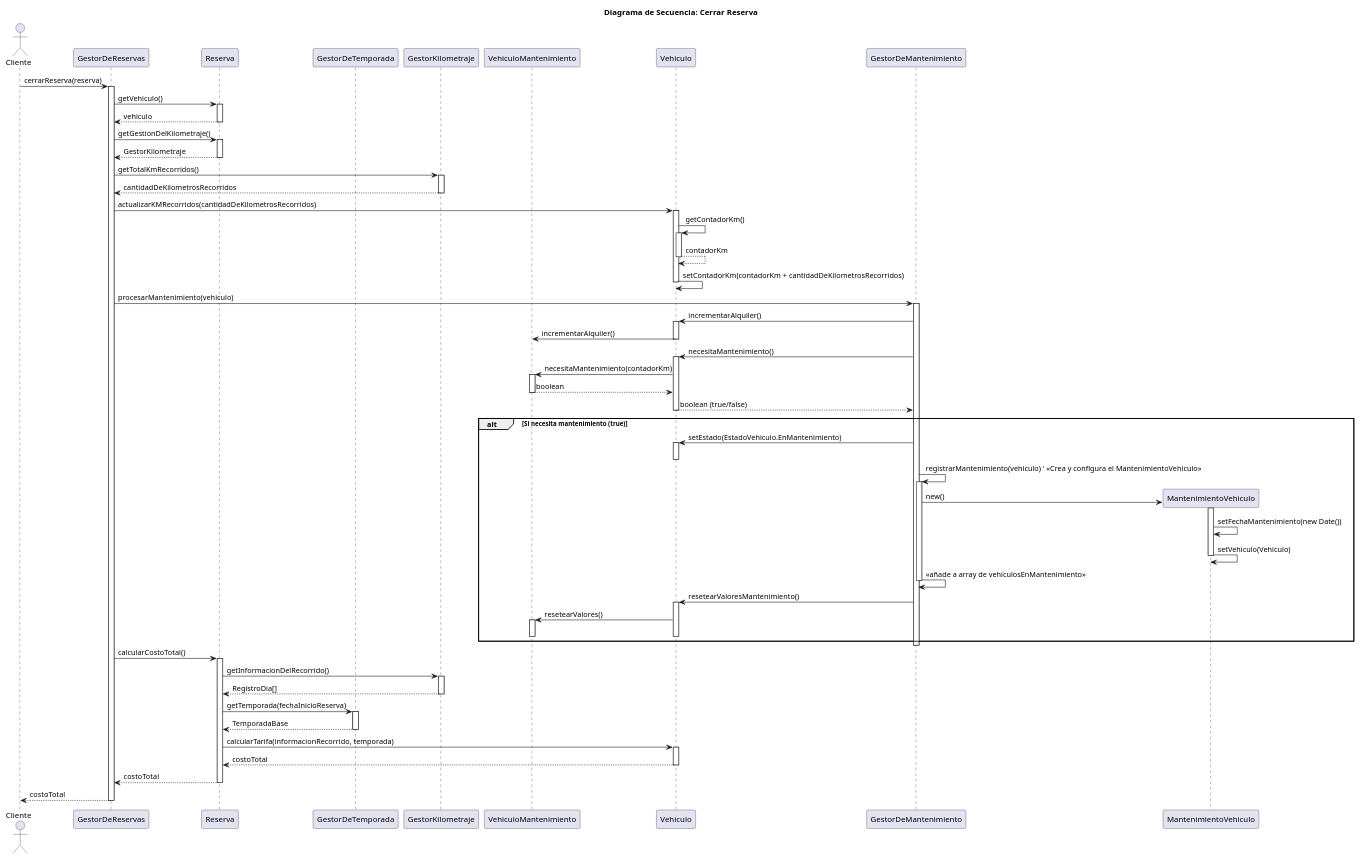
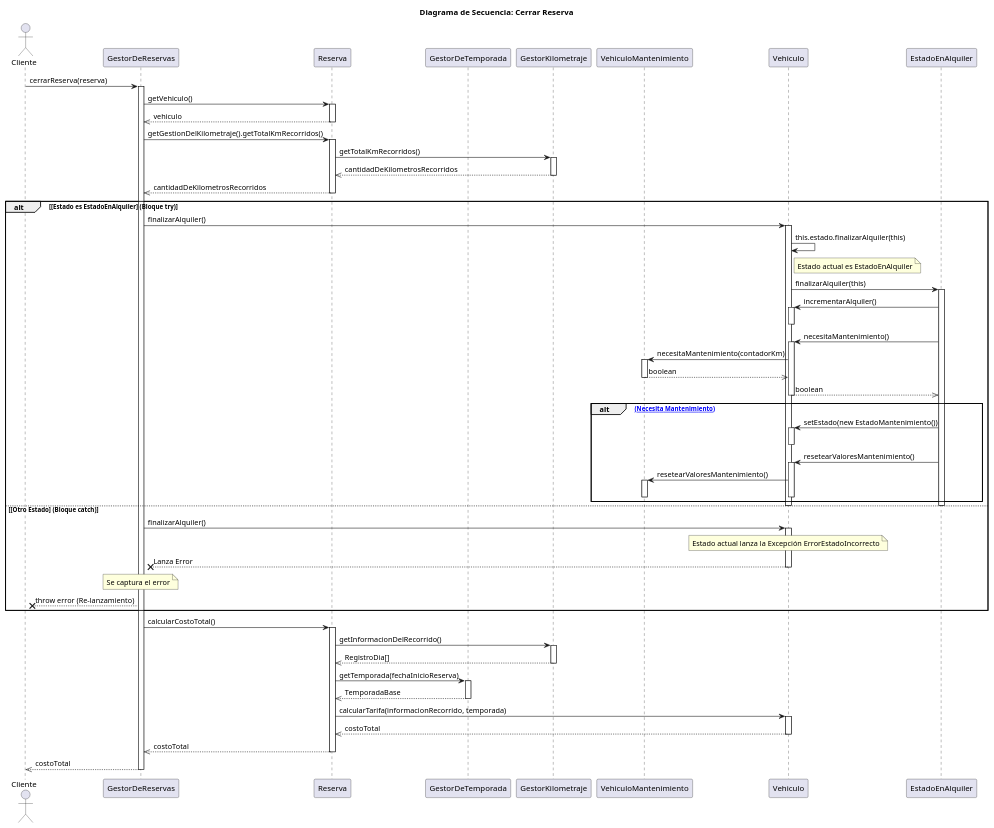
The diagram in diagramas/sequencia/secuenciaCerrarReserva.puml (AndresCastro-hub/Tp-Alquiler-de-autos), drawn with PlantUML before and after one commit. The commit also changed 3 other files, not shown here.

Commit message:
Actualizado diagrama de secuencia cerrarReserva()

```diff
--- a/diagramas/sequencia/secuenciaCerrarReserva.puml
+++ b/diagramas/sequencia/secuenciaCerrarReserva.puml
@@ -1,108 +1,104 @@
 @startuml Cerrar Reserva
 title Diagrama de Secuencia: Cerrar Reserva
 
 actor Cliente as user
 participant "GestorDeReservas" as gR
 participant "Reserva" as res
 participant "GestorDeTemporada" as gT
 participant "GestorKilometraje" as gK
 participant "VehiculoMantenimiento" as vMant
 participant "Vehiculo" as veh
-participant "GestorDeMantenimiento" as gM
-participant "MantenimientoVehiculo" as mant
+participant "EstadoEnAlquiler" as eAlquiler
 
 user -> gR : cerrarReserva(reserva)
 
 activate gR
     gR -> res : getVehiculo()
     activate res
-        res --> gR : vehiculo
+        res -->> gR : vehiculo
     deactivate res
 
-    gR -> res : getGestionDelKilometraje()
+    gR -> res : getGestionDelKilometraje().getTotalKmRecorridos()
     activate res
-        res --> gR : GestorKilometraje
+        res -> gK : getTotalKmRecorridos()
+        activate gK
+            gK -->> res : cantidadDeKilometrosRecorridos
+        deactivate gK
+        res -->> gR : cantidadDeKilometrosRecorridos
     deactivate res
 
-    gR -> gK : getTotalKmRecorridos()
-    activate gK
-        gK --> gR : cantidadDeKilometrosRecorridos
-    deactivate gK
+'Finalizar Alquiler
+    alt **[Estado es EstadoEnAlquiler]** (Bloque try)
+        gR -> veh : finalizarAlquiler()
+        activate veh
+            veh -> veh : this.estado.finalizarAlquiler(this)
+            Note right of veh : Estado actual es EstadoEnAlquiler
+            veh -> eAlquiler : finalizarAlquiler(this)
+            activate eAlquiler
 
-    ' Actualizar KM y Mantenimiento
-    gR -> veh : actualizarKMRecorridos(cantidadDeKilometrosRecorridos)
-    activate veh
-        veh -> veh : getContadorKm()
-        activate veh
-            veh --> veh : contadorKm
-        deactivate veh
-        veh -> veh : setContadorKm(contadorKm + cantidadDeKilometrosRecorridos)
-    deactivate veh
+                eAlquiler -> veh : incrementarAlquiler()
+                activate veh
+                deactivate veh
 
-    gR -> gM : procesarMantenimiento(vehiculo)
-    activate gM
-        gM -> veh : incrementarAlquiler()
-        activate veh
-            veh -> vMant: incrementarAlquiler()
+                eAlquiler -> veh : necesitaMantenimiento()
+                activate veh
+                    veh -> vMant : necesitaMantenimiento(contadorKm)
+                    activate vMant
+                        vMant -->> veh : boolean
+                    deactivate vMant
+                    veh -->> eAlquiler : boolean
+                deactivate veh
+
+
+                alt [(true) (Necesita Mantenimiento)]
+                    eAlquiler -> veh : setEstado(new EstadoMantenimiento())
+                    activate veh
+                    deactivate veh
+
+                    eAlquiler -> veh : resetearValoresMantenimiento()
+                    activate veh
+                        veh -> vMant : resetearValoresMantenimiento()
+                        activate vMant
+                        deactivate vMant
+                    deactivate veh
+                end
+            deactivate eAlquiler
+        
         deactivate veh
 
-        gM -> veh : necesitaMantenimiento()
+    else **[Otro Estado]** (Bloque catch)
+        gR -> veh : finalizarAlquiler()
         activate veh
-            veh -> vMant : necesitaMantenimiento(contadorKm)
-            activate vMant
-                vMant --> veh : boolean
-            deactivate vMant
-            veh --> gM : boolean (true/false)
+            Note over veh: Estado actual lanza la Excepción ErrorEstadoIncorrecto
+            veh --x gR : Lanza Error
         deactivate veh
-
-        alt Si necesita mantenimiento (true)
-            gM -> veh : setEstado(EstadoVehiculo.EnMantenimiento)
-            activate veh
-            deactivate veh
-            
-            gM -> gM : registrarMantenimiento(vehiculo) ' <<Crea y configura el MantenimientoVehiculo>>
-            activate gM
-                create mant
-                gM -> mant **: new()
-                activate mant
-                    mant -> mant : setFechaMantenimiento(new Date())
-                    mant -> mant : setVehiculo(Vehiculo)
-                deactivate mant
-                gM -> gM : <<añade a array de vehiculosEnMantenimiento>>
-            deactivate gM
-
-            gM -> veh : resetearValoresMantenimiento()
-            activate veh
-                veh -> vMant: resetearValores()
-                activate vMant
-                deactivate vMant
-            deactivate veh
-        end
-
-    deactivate gM
+        Note over gR: Se captura el error
+        gR --x user : throw error (Re-lanzamiento)
+    end
 
     ' Calcular Costo Total
     gR -> res : calcularCostoTotal()
     activate res
         res -> gK : getInformacionDelRecorrido()
         activate gK
-            gK --> res : RegistroDia[]
+            gK -->> res : RegistroDia[]
         deactivate gK
 
         res -> gT : getTemporada(fechaInicioReserva)
         activate gT
-            gT --> res : TemporadaBase
+            gT -->> res : TemporadaBase
         deactivate gT
 
         res -> veh : calcularTarifa(informacionRecorrido, temporada)
         activate veh
-            veh --> res : costoTotal
+            veh -->> res : costoTotal
         deactivate veh
 
-        res --> gR : costoTotal
+        res -->> gR : costoTotal
     deactivate res
 
-    gR --> user : costoTotal
+    gR -->> user : costoTotal
+
 deactivate gR
 
 @enduml
```
